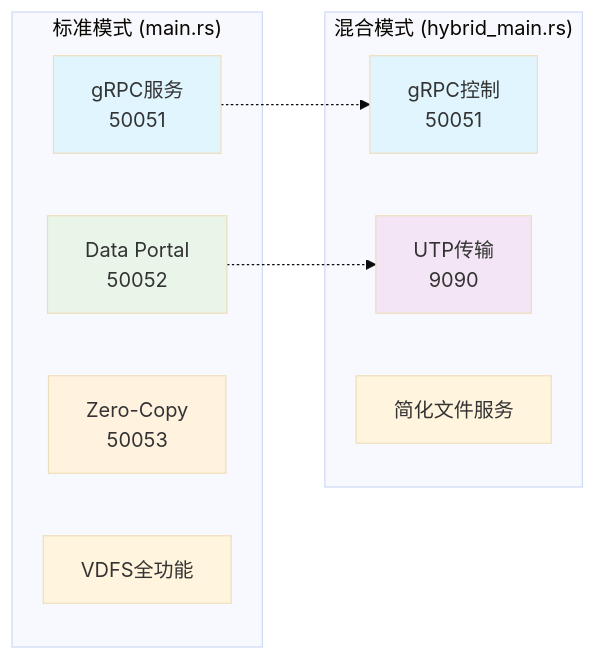
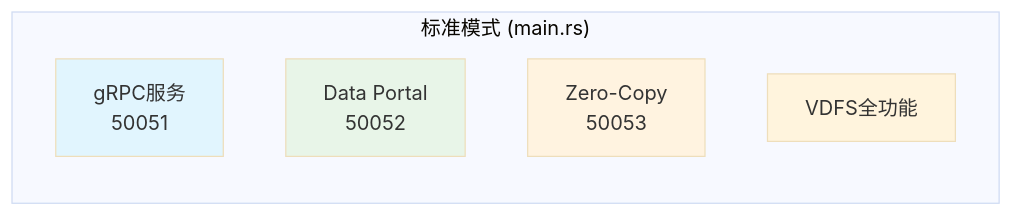
The second of 17 diagrams in docs/CORE_ARCHITECTURE.md (Gyangu/librorum), drawn with Mermaid (base theme) before and after one commit. The commit also changed other lines of this file and 19 other files, not shown here.

````diff
--- a/docs/CORE_ARCHITECTURE.md
+++ b/docs/CORE_ARCHITECTURE.md
@@ -101,24 +99,13 @@
 ```mermaid
 graph LR
     subgraph "标准模式 (main.rs)"
         A1[gRPC服务<br/>50051]
         A2[Data Portal<br/>50052]
         A3[Zero-Copy<br/>50053]
         A4[VDFS全功能]
     end
-
-    subgraph "混合模式 (hybrid_main.rs)"
-        B1[gRPC控制<br/>50051]
-        B2[UTP传输<br/>9090]
-        B3[简化文件服务]
-    end
-
-    A1 -.-> B1
-    A2 -.-> B2
     
     style A1 fill:#e1f5fe
     style A2 fill:#e8f5e8
     style A3 fill:#fff3e0
-    style B1 fill:#e1f5fe
-    style B2 fill:#f3e5f5
 ```
````
